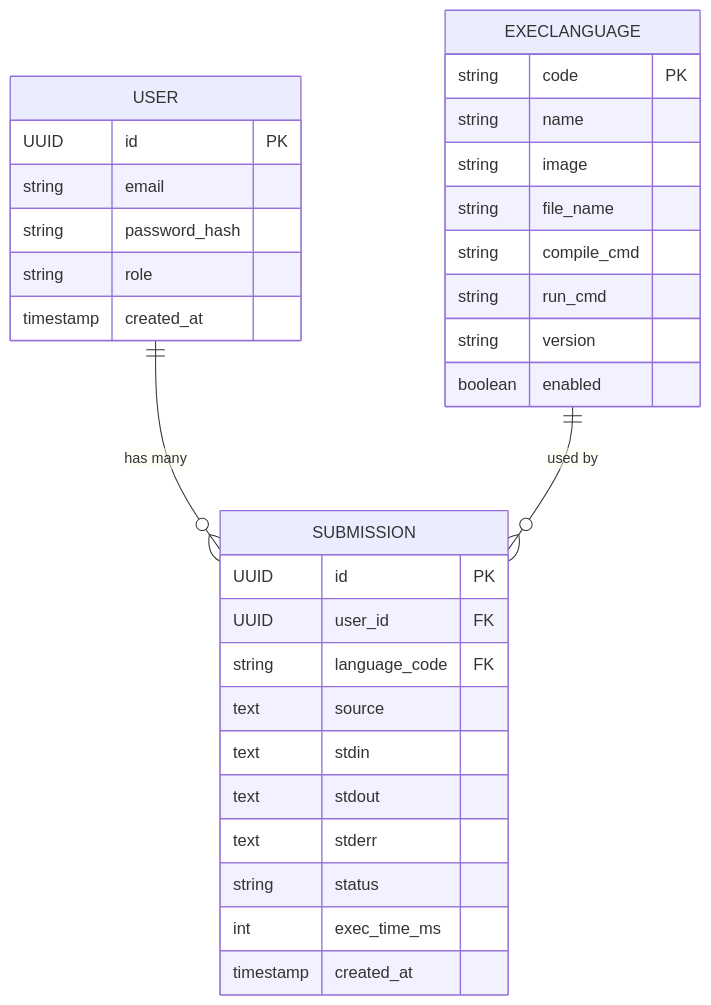
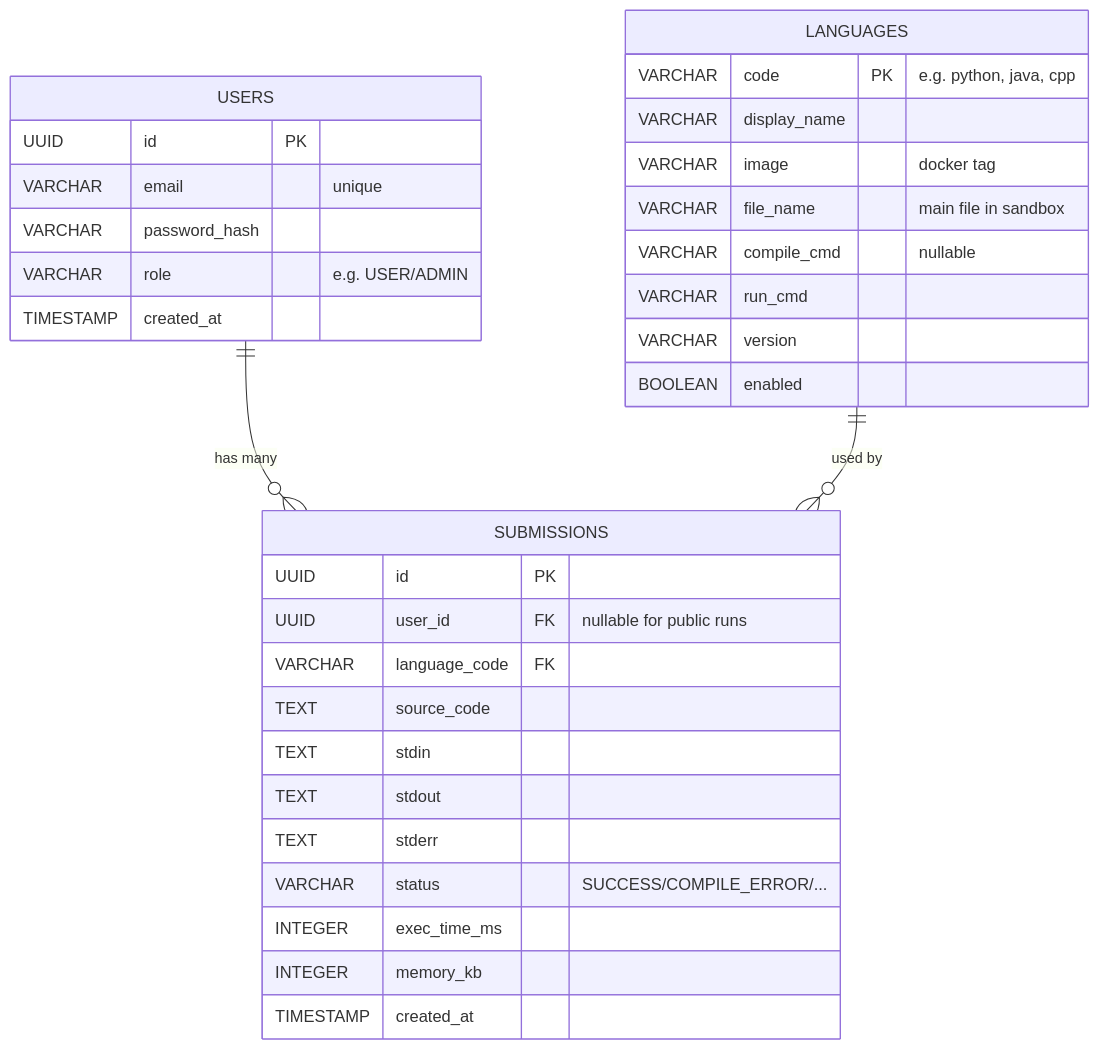
Before and after one commit to Ashrafkhan99/CodeExecutorProject: the second of 2 diagrams in README.md, drawn with Mermaid. The commit also changed other lines of this file, not shown here.

````diff
--- a/README.md
+++ b/README.md
@@ -180,37 +204,38 @@
 ```mermaid
 erDiagram
-  USER {
-    UUID id PK
-    string email
-    string password_hash
-    string role
-    timestamp created_at
-  }
+    USERS ||--o{ SUBMISSIONS : "has many"
+    LANGUAGES ||--o{ SUBMISSIONS : "used by"
 
-  EXECLANGUAGE {
-    string code PK
-    string name
-    string image
-    string file_name
-    string compile_cmd
-    string run_cmd
-    string version
-    boolean enabled
-  }
+    USERS {
+      UUID id PK
+      VARCHAR email "unique"
+      VARCHAR password_hash
+      VARCHAR role "e.g. USER/ADMIN"
+      TIMESTAMP created_at
+    }
 
-  SUBMISSION {
-    UUID id PK
-    UUID user_id FK
-    string language_code FK
-    text source
-    text stdin
-    text stdout
-    text stderr
-    string status
-    int exec_time_ms
-    timestamp created_at
-  }
+    LANGUAGES {
+      VARCHAR code PK "e.g. python, java, cpp"
+      VARCHAR display_name
+      VARCHAR image "docker tag"
+      VARCHAR file_name "main file in sandbox"
+      VARCHAR compile_cmd "nullable"
+      VARCHAR run_cmd
+      VARCHAR version
+      BOOLEAN enabled
+    }
 
-  USER ||--o{ SUBMISSION : "has many"
-  EXECLANGUAGE ||--o{ SUBMISSION : "used by"
+    SUBMISSIONS {
+      UUID id PK
+      UUID user_id FK "nullable for public runs"
+      VARCHAR language_code FK
+      TEXT source_code
+      TEXT stdin
+      TEXT stdout
+      TEXT stderr
+      VARCHAR status "SUCCESS/COMPILE_ERROR/..."
+      INTEGER exec_time_ms
+      INTEGER memory_kb
+      TIMESTAMP created_at
+    }
 ```
````
